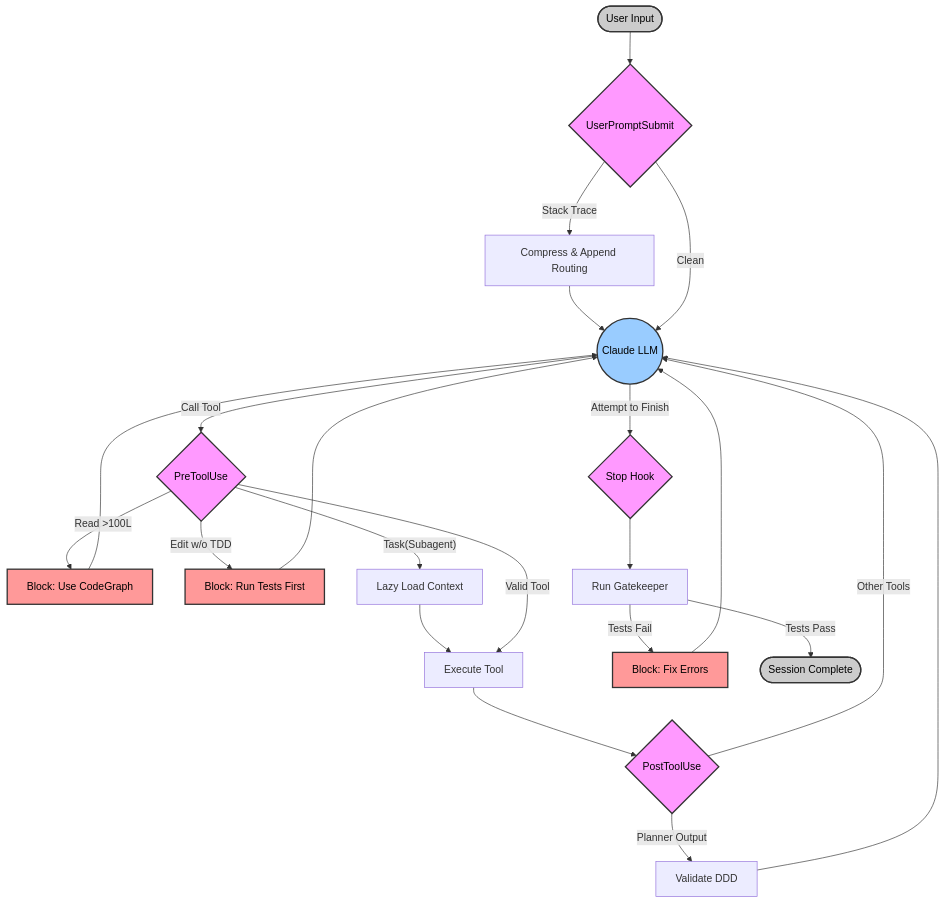
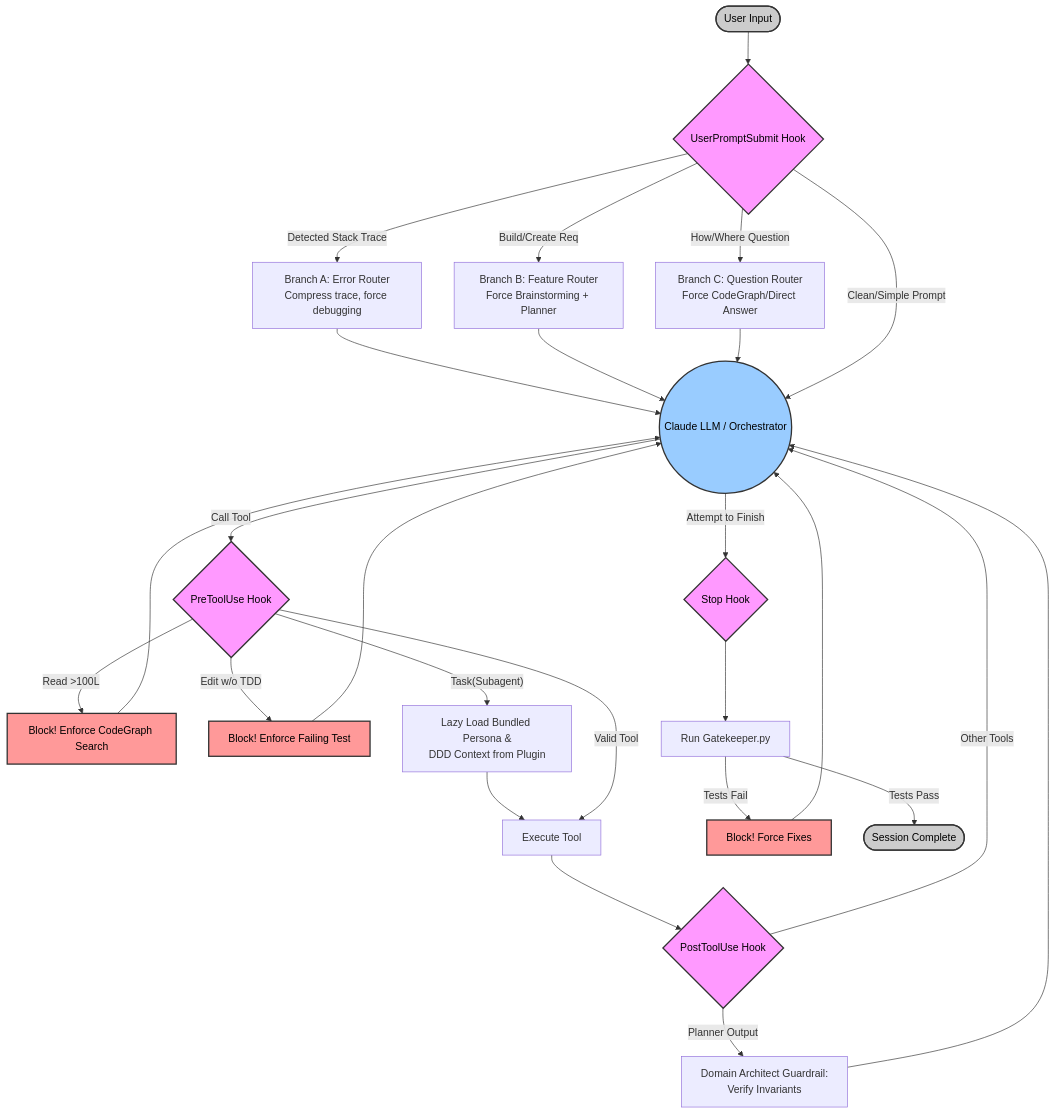
The diagram in docs/superpowers/specs/2026-05-20-deterministic-plugin-hooks-design.md (mapengbo0314/native-harness-workflow), drawn with Mermaid before and after one commit. The commit also changed other lines of this file, not shown here.

Commit message:
docs: finalize V4 design for portable, self-contained orchestrator plugin

````diff
--- a/docs/superpowers/specs/2026-05-20-deterministic-plugin-hooks-design.md
+++ b/docs/superpowers/specs/2026-05-20-deterministic-plugin-hooks-design.md
@@ -26,37 +52,39 @@
 ```mermaid
 flowchart TD
-    User([User Input]) --> UPS{UserPromptSubmit}
+    User([User Input]) --> UPS{UserPromptSubmit Hook}
     
-    %% Input Interception
-    UPS -- "Stack Trace" --> Compress[Compress & Append Routing] --> LLM
-    UPS -- "Clean" --> LLM((Claude LLM))
+    %% Input Interception - Matrix Routing
+    UPS -- "Detected Stack Trace" --> BranchA[Branch A: Error Router<br/>Compress trace, force debugging] --> LLM
+    UPS -- "Build/Create Req" --> BranchB[Branch B: Feature Router<br/>Force Brainstorming + Planner] --> LLM
+    UPS -- "How/Where Question" --> BranchC[Branch C: Question Router<br/>Force CodeGraph/Direct Answer] --> LLM
+    UPS -- "Clean/Simple Prompt" --> LLM((Claude LLM / Orchestrator))
     
     %% Tool Interception (Pre)
-    LLM -- "Call Tool" --> PreHook{PreToolUse}
+    LLM -- "Call Tool" --> PreHook{PreToolUse Hook}
     
-    PreHook -- "Read >100L" --> BlockRead[Block: Use CodeGraph] --> LLM
-    PreHook -- "Edit w/o TDD" --> BlockEdit[Block: Run Tests First] --> LLM
-    PreHook -- "Task(Subagent)" --> Lazy[Lazy Load Context] --> Exec[Execute Tool]
+    PreHook -- "Read >100L" --> BlockRead[Block! Enforce CodeGraph Search] --> LLM
+    PreHook -- "Edit w/o TDD" --> BlockEdit[Block! Enforce Failing Test] --> LLM
+    PreHook -- "Task(Subagent)" --> Lazy[Lazy Load Bundled Persona &<br/>DDD Context from Plugin] --> Exec[Execute Tool]
     PreHook -- "Valid Tool" --> Exec
     
-    %% Tool Interception (Post)
-    Exec --> PostHook{PostToolUse}
-    PostHook -- "Planner Output" --> ArchGuard[Validate DDD] --> LLM
+    %% Post Task Phase
+    Exec --> PostHook{PostToolUse Hook}
+    PostHook -- "Planner Output" --> ArchGuard[Domain Architect Guardrail:<br/>Verify Invariants] --> LLM
     PostHook -- "Other Tools" --> LLM
     
     %% Stop Interception
     LLM -- "Attempt to Finish" --> StopHook{Stop Hook}
-    StopHook --> Gate[Run Gatekeeper]
-    Gate -- "Tests Fail" --> Reject[Block: Fix Errors] --> LLM
+    StopHook --> Gate[Run Gatekeeper.py]
+    Gate -- "Tests Fail" --> Reject[Block! Force Fixes] --> LLM
     Gate -- "Tests Pass" --> Done([Session Complete])
 
     classDef hook fill:#f9f,stroke:#333,stroke-width:2px,color:#000;
     classDef block fill:#f99,stroke:#333,stroke-width:2px,color:#000;
     classDef agent fill:#9cf,stroke:#333,stroke-width:2px,color:#000;
     classDef user fill:#ccc,stroke:#333,stroke-width:2px,color:#000;
     
     class UPS,PreHook,PostHook,StopHook hook;
     class BlockRead,BlockEdit,Reject block;
     class LLM agent;
     class User,Done user;
 ```
````
